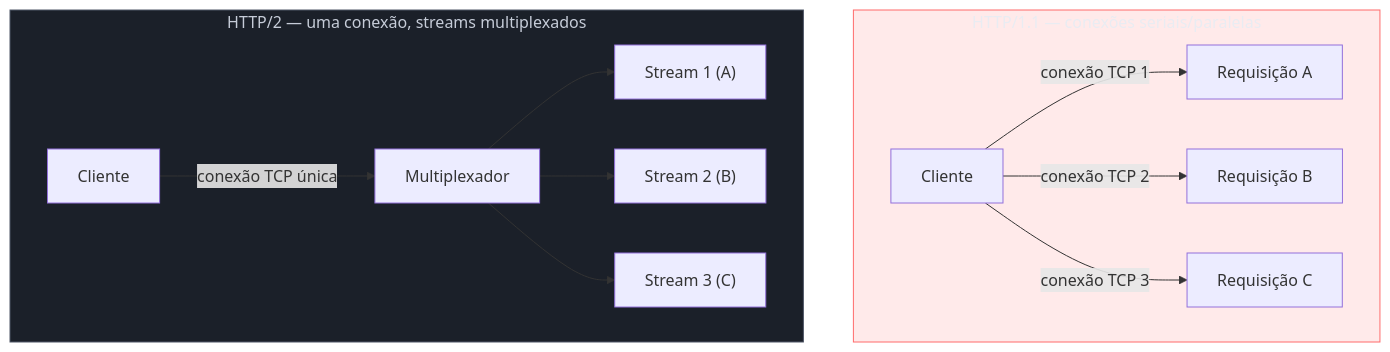
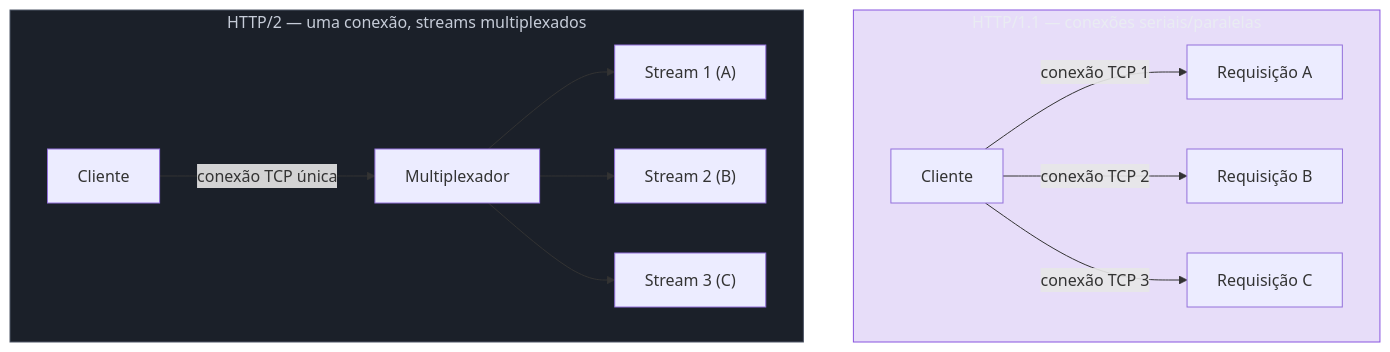
The first of 4 diagrams in 03-Dominios/Engenharia/Comunicação entre Sistemas/2 - Comunicação síncrona/05 - gRPC — Protobuf, HTTP2 e streaming.md (josenaldo/codex-technomanticus), drawn with Mermaid before and after one commit. The commit also changed other lines of this file and 601 other files, not shown here.

````diff
--- a/03-Dominios/Engenharia/Comunicação entre Sistemas/2 - Comunicação síncrona/05 - gRPC — Protobuf, HTTP2 e streaming.md
+++ b/03-Dominios/Engenharia/Comunicação entre Sistemas/2 - Comunicação síncrona/05 - gRPC — Protobuf, HTTP2 e streaming.md
@@ -76,18 +76,18 @@
 ```mermaid
 graph TD
+    classDef marca fill:#8855DF33,stroke:#8855DF,color:#E9ECF2
     classDef neutro fill:#1B2029,stroke:#4E5666,color:#C6CCD8
-    classDef falha fill:#FF6B6B24,stroke:#FF6B6B,color:#E9ECF2
     subgraph HTTP1["HTTP/1.1 — conexões seriais/paralelas"]
         C1["Cliente"] -->|"conexão TCP 1"| S1["Requisição A"]
         C1 -->|"conexão TCP 2"| S2["Requisição B"]
         C1 -->|"conexão TCP 3"| S3["Requisição C"]
     end
     subgraph HTTP2["HTTP/2 — uma conexão, streams multiplexados"]
         C2["Cliente"] -->|"conexão TCP única"| MUX["Multiplexador"]
         MUX --> ST1["Stream 1 (A)"]
         MUX --> ST2["Stream 2 (B)"]
         MUX --> ST3["Stream 3 (C)"]
     end
     class HTTP2 neutro
-    class HTTP1 falha
+    class HTTP1 marca
 ```
````
